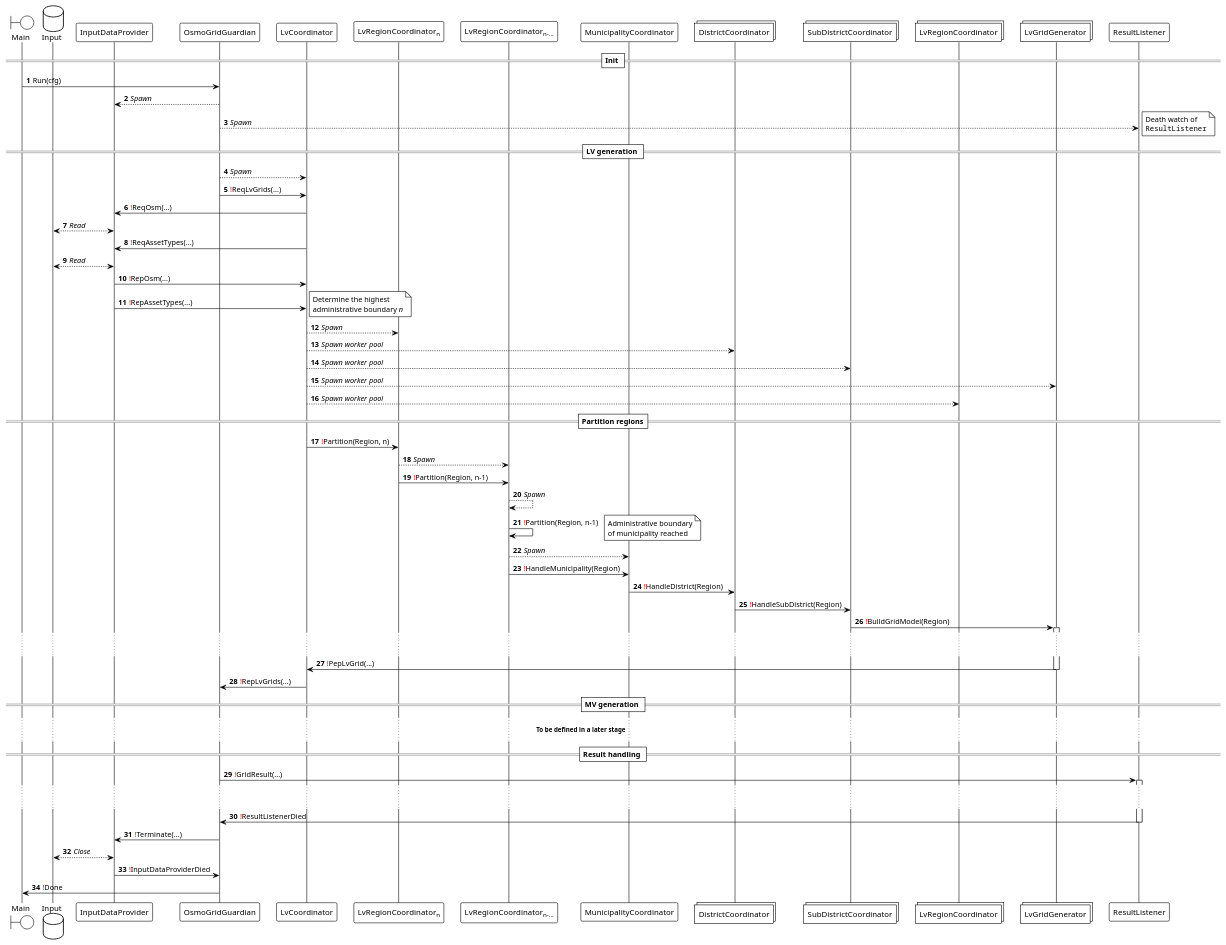
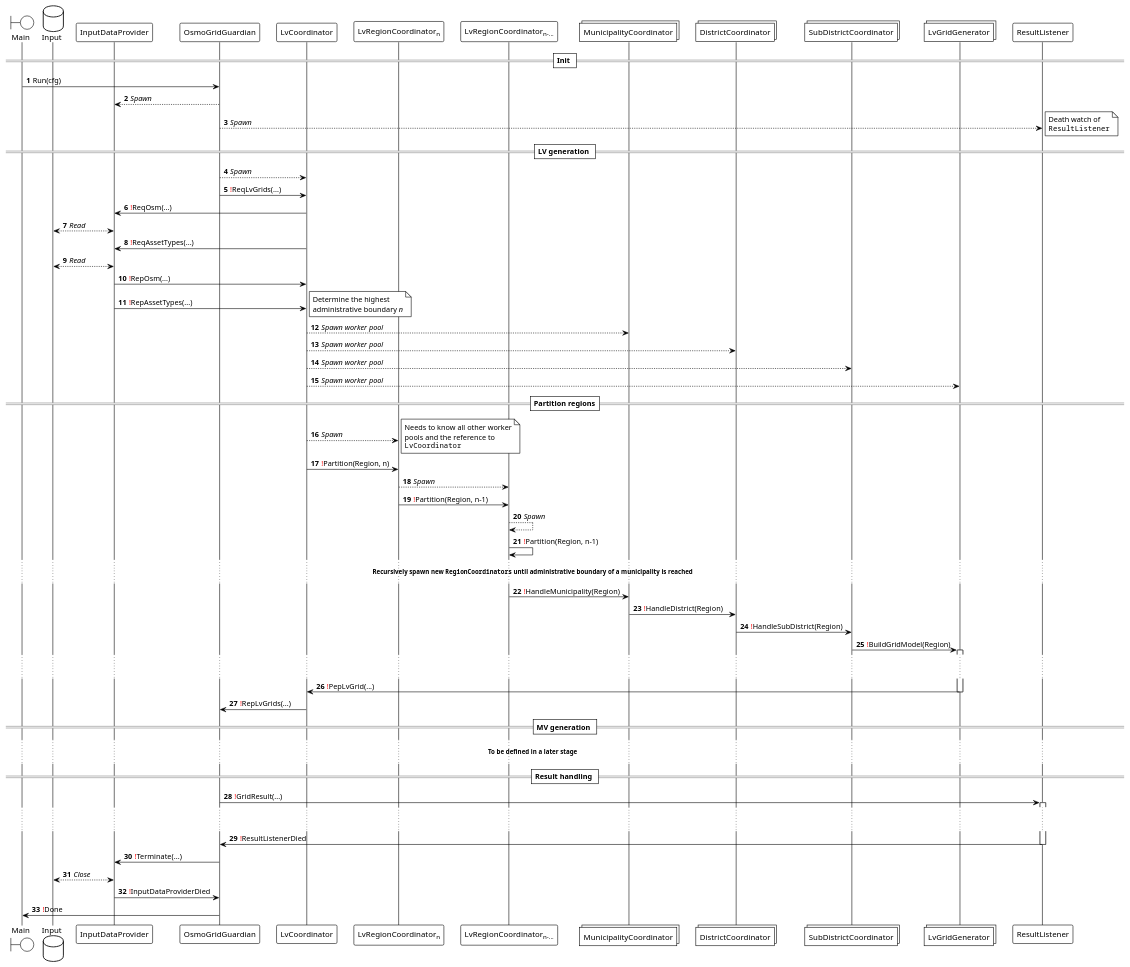
The diagram in docs/puml/protocol/protocol.puml (ie3-institute/OSMoGrid), drawn with PlantUML before and after one commit.

Commit message:
Fine changes in protocol

```diff
--- a/docs/puml/protocol/protocol.puml
+++ b/docs/puml/protocol/protocol.puml
@@ -1,88 +1,84 @@
 @startuml
 'https://plantuml.com/sequence-diagram
 
 !theme plain
 autonumber
 
 boundary Main
 database Input
 participant InputDataProvider
 participant OsmoGridGuardian
 participant LvCoordinator
 participant "LvRegionCoordinator<sub>n</sub>"
 participant "LvRegionCoordinator<sub>n-...</sub>"
-participant MunicipalityCoordinator
+collections MunicipalityCoordinator
 collections DistrictCoordinator
 collections SubDistrictCoordinator
-collections LvRegionCoordinator
 collections LvGridGenerator
 participant ResultListener
 
 == Init ==
 Main -> OsmoGridGuardian: Run(cfg)
 OsmoGridGuardian --> InputDataProvider: //Spawn//
 
 OsmoGridGuardian --> ResultListener: //Spawn//
 note right: Death watch of\n""ResultListener""
 
 == LV generation ==
 OsmoGridGuardian --> LvCoordinator: //Spawn//
 OsmoGridGuardian -> LvCoordinator: <font color="red">!</font>ReqLvGrids(...)
 LvCoordinator -> InputDataProvider: <font color="red">!</font>ReqOsm(...)
 InputDataProvider <--> Input: //Read//
 LvCoordinator -> InputDataProvider: <font color="red">!</font>ReqAssetTypes(...)
 InputDataProvider <--> Input: //Read//
 InputDataProvider -> LvCoordinator: <font color="red">!</font>RepOsm(...)
 InputDataProvider -> LvCoordinator: <font color="red">!</font>RepAssetTypes(...)
 note right: Determine the highest\nadministrative boundary //n//
-LvCoordinator --> "LvRegionCoordinator<sub>n</sub>": //Spawn//
+LvCoordinator --> MunicipalityCoordinator: //Spawn worker pool//
 LvCoordinator --> DistrictCoordinator: //Spawn worker pool//
 LvCoordinator --> SubDistrictCoordinator: //Spawn worker pool//
 LvCoordinator --> LvGridGenerator: //Spawn worker pool//
-LvCoordinator --> LvRegionCoordinator: //Spawn worker pool//
 
 ==Partition regions==
-
+LvCoordinator --> "LvRegionCoordinator<sub>n</sub>": //Spawn//
+note right: Needs to know all other worker\npools and the reference to\n""LvCoordinator""
 LvCoordinator -> "LvRegionCoordinator<sub>n</sub>": <font color="red">!</font>Partition(Region, n)
 "LvRegionCoordinator<sub>n</sub>" --> "LvRegionCoordinator<sub>n-...</sub>": //Spawn//
 "LvRegionCoordinator<sub>n</sub>" -> "LvRegionCoordinator<sub>n-...</sub>": <font color="red">!</font>Partition(Region, n-1)
 "LvRegionCoordinator<sub>n-...</sub>" --> "LvRegionCoordinator<sub>n-...</sub>": //Spawn//
 "LvRegionCoordinator<sub>n-...</sub>" -> "LvRegionCoordinator<sub>n-...</sub>": <font color="red">!</font>Partition(Region, n-1)
-note right: Administrative boundary\nof municipality reached
+... **Recursively spawn new ""RegionCoordinators"" until administrative boundary of a municipality is reached** ...
 
-"LvRegionCoordinator<sub>n-...</sub>" --> MunicipalityCoordinator: //Spawn//
 "LvRegionCoordinator<sub>n-...</sub>" -> MunicipalityCoordinator: <font color="red">!</font>HandleMunicipality(Region)
 
 MunicipalityCoordinator -> DistrictCoordinator: <font color="red">!</font>HandleDistrict(Region)
 
 DistrictCoordinator -> SubDistrictCoordinator: <font color="red">!</font>HandleSubDistrict(Region)
 
 SubDistrictCoordinator -> LvGridGenerator: <font color="red">!</font>BuildGridModel(Region)
-
-'TODO: Refactor from here
 
 activate LvGridGenerator
 ... ...
 LvGridGenerator -> LvCoordinator: <font color="red">!</font>PepLvGrid(...)
 deactivate LvGridGenerator
 
 LvCoordinator -> OsmoGridGuardian: <font color="red">!</font>RepLvGrids(...)
 
 == MV generation ==
 ... **To be defined in a later stage** ...
 
 == Result handling ==
 OsmoGridGuardian -> ResultListener: <font color="red">!</font>GridResult(...)
 activate ResultListener
 ... ...
 ResultListener -> OsmoGridGuardian: <font color="red">!</font>ResultListenerDied
 deactivate ResultListener
 OsmoGridGuardian -> InputDataProvider: <font color="red">!</font>Terminate(...)
 InputDataProvider <--> Input: //Close//
 InputDataProvider -> OsmoGridGuardian: <font color="red">!</font>InputDataProviderDied
 
 OsmoGridGuardian -> Main: <font color="red">!</font>Done
 
 'TODO: Don't forget to spawn and initialize the ResultListener
 
 @enduml
```
